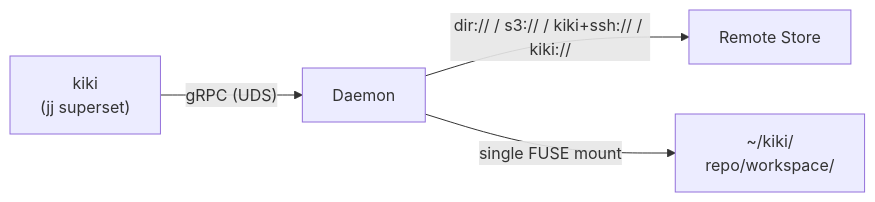
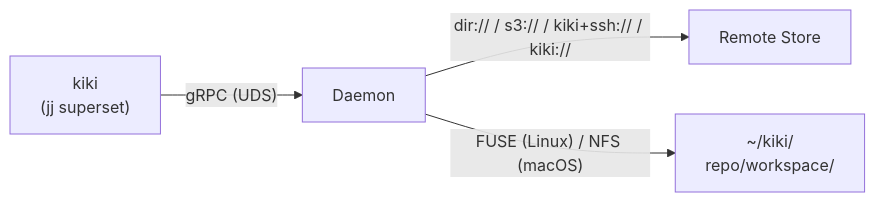
The diagram in docs/USER_GUIDE.md (ahimsalabs/kiki), drawn with Mermaid before and after one commit. The commit also changed other lines of this file and 6 other files, not shown here.

Commit message:
wire RootFs through NFS adapter on macOS for managed namespace

````diff
--- a/docs/USER_GUIDE.md
+++ b/docs/USER_GUIDE.md
@@ -15,6 +15,6 @@
 ```mermaid
 graph LR
     CLI["kiki<br/>(jj superset)"] -- "gRPC (UDS)" --> Daemon
     Daemon -- "dir:// / s3:// / kiki+ssh:// / kiki://" --> Remote["Remote Store"]
-    Daemon -- "single FUSE mount" --> VFS["~/kiki/<br/>repo/workspace/"]
+    Daemon -- "FUSE (Linux) / NFS (macOS)" --> VFS["~/kiki/<br/>repo/workspace/"]
 ```
````
